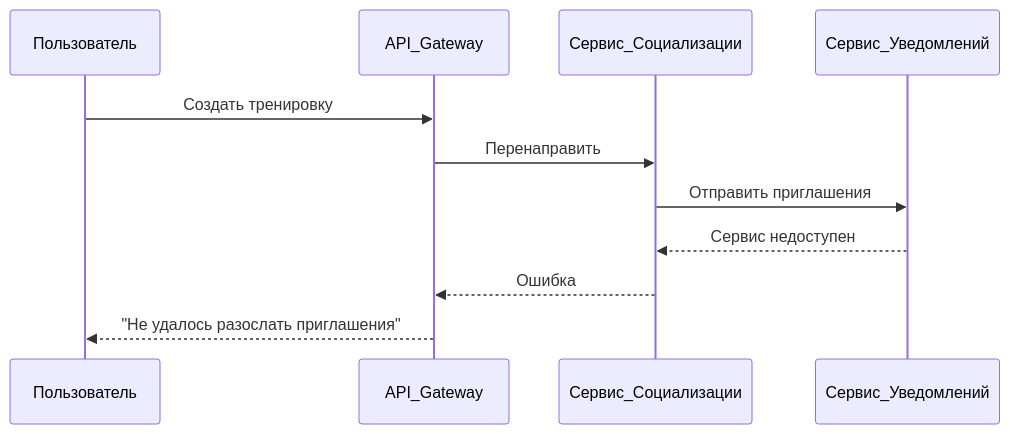
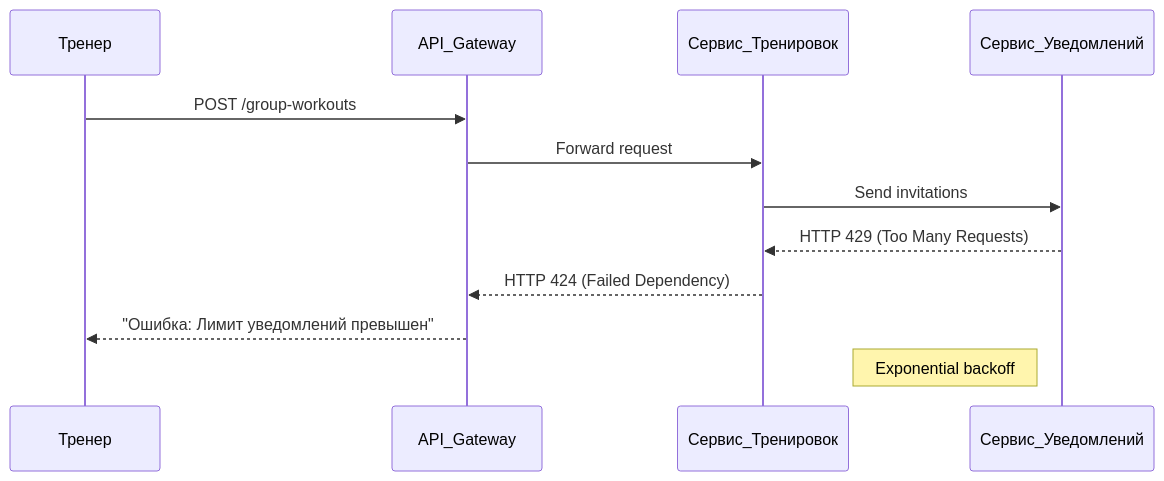
The sixth of 8 diagrams in architecture/critical-business-processes.md (andreyantropov/architect-coursework), drawn with Mermaid before and after one commit. The commit also changed other lines of this file, not shown here.

````diff
--- a/architecture/critical-business-processes.md
+++ b/architecture/critical-business-processes.md
@@ -77,14 +82,15 @@
 ```mermaid
 sequenceDiagram
-    participant Пользователь
+    participant Тренер
     participant API_Gateway
-    participant Сервис_Социализации
+    participant Сервис_Тренировок
     participant Сервис_Уведомлений
     
-    Пользователь->>API_Gateway: Создать тренировку
-    API_Gateway->>Сервис_Социализации: Перенаправить
-    Сервис_Социализации->>Сервис_Уведомлений: Отправить приглашения
-    Сервис_Уведомлений-->>Сервис_Социализации: Сервис недоступен
-    Сервис_Социализации-->>API_Gateway: Ошибка
-    API_Gateway-->>Пользователь: "Не удалось разослать приглашения"
+    Тренер->>API_Gateway: POST /group-workouts
+    API_Gateway->>Сервис_Тренировок: Forward request
+    Сервис_Тренировок->>Сервис_Уведомлений: Send invitations
+    Сервис_Уведомлений-->>Сервис_Тренировок: HTTP 429 (Too Many Requests)
+    Сервис_Тренировок-->>API_Gateway: HTTP 424 (Failed Dependency)
+    API_Gateway-->>Тренер: "Ошибка: Лимит уведомлений превышен"
+    note left of Сервис_Уведомлений: Exponential backoff
 ```
````
